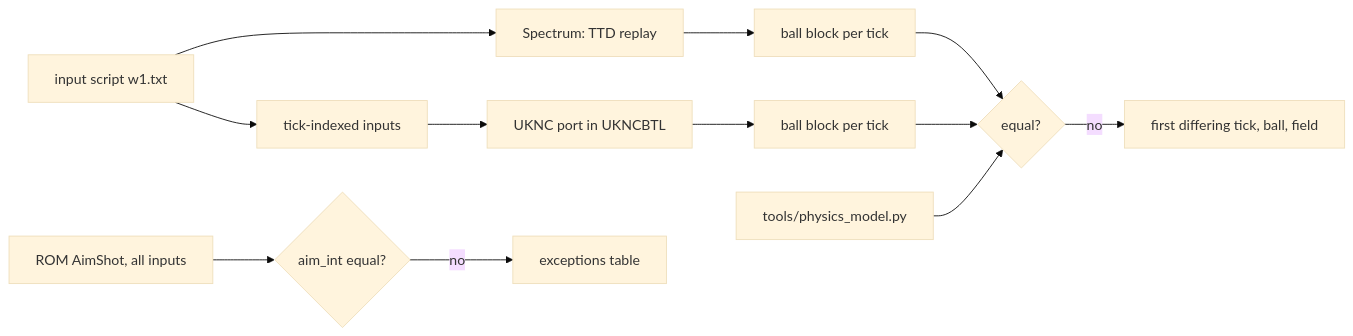
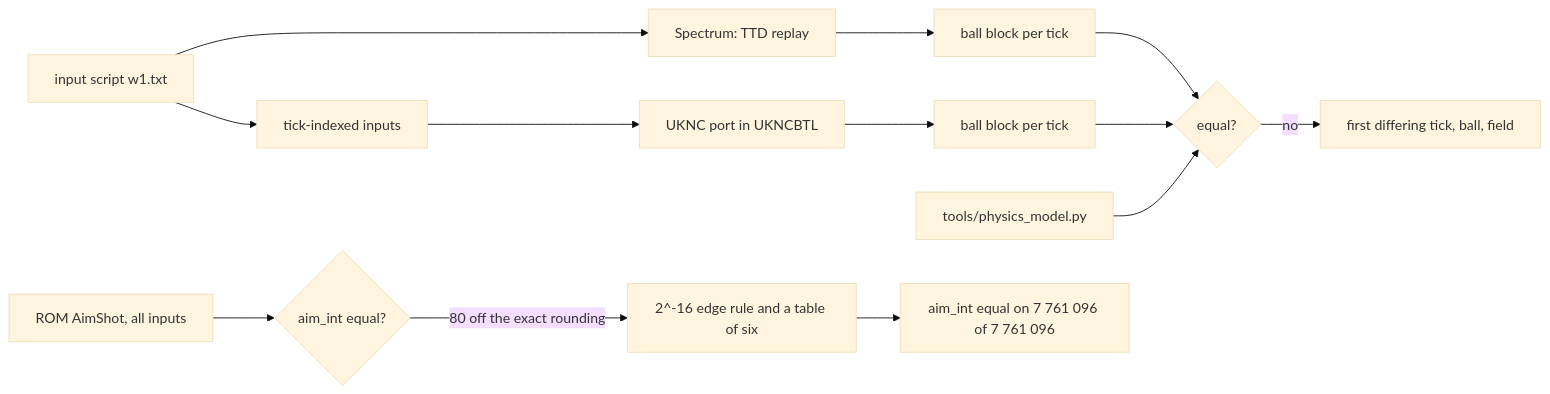
Before and after one commit to alfishe/unrealng-reverse-cases: the eighth of 10 diagrams in games/video-pool/docs/14-porting-to-uknc.md, drawn with Mermaid (base theme). The commit also changed other lines of this file and 4 other files, not shown here.

Commit message:
Video Pool: AimShot checked against the ROM calculator on every game input; aim_int and the physics model follow the ROM's near-half rounding

````diff
--- a/games/video-pool/docs/14-porting-to-uknc.md
+++ b/games/video-pool/docs/14-porting-to-uknc.md
@@ -738,13 +778,14 @@
 ```mermaid
 flowchart LR
     I[input script w1.txt] --> Z[Spectrum: TTD replay]
     I --> T[tick-indexed inputs] --> U[UKNC port in UKNCBTL]
     Z --> B1[ball block per tick]
     U --> B2[ball block per tick]
     B1 --> C{equal?}
     B2 --> C
     M[tools/physics_model.py] --> C
     C -->|no| F[first differing tick, ball, field]
     R[ROM AimShot, all inputs] --> A{aim_int equal?}
-    A -->|no| X[exceptions table]
+    A -->|80 off the exact rounding| X[2^-16 edge rule and a table of six]
+    X --> K[aim_int equal on 7 761 096 of 7 761 096]
 ```
````
